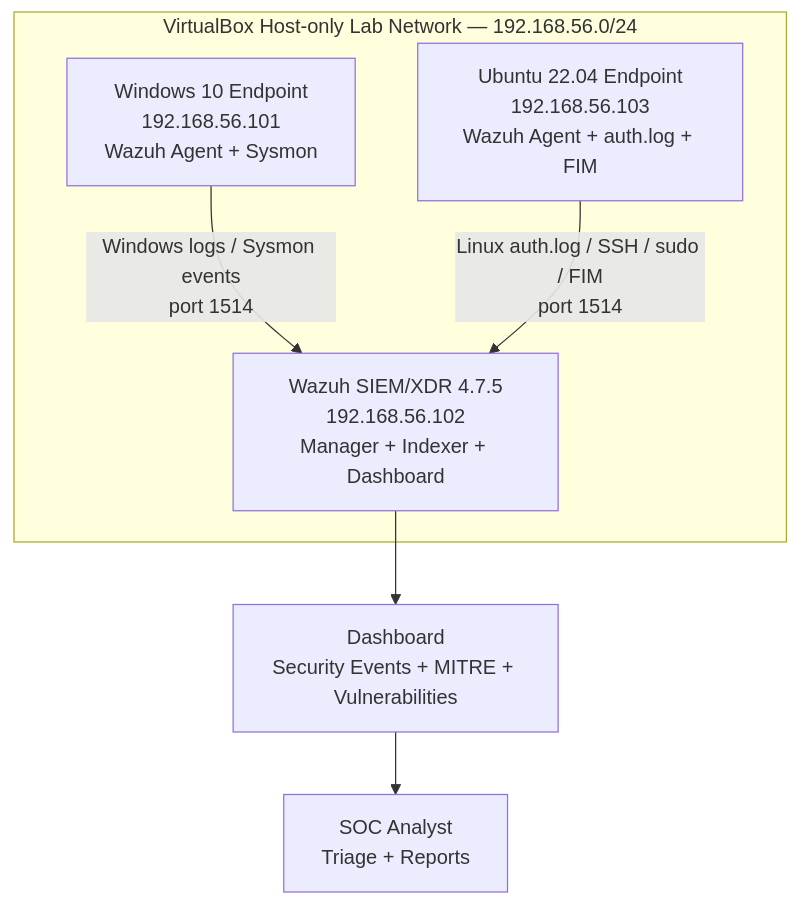
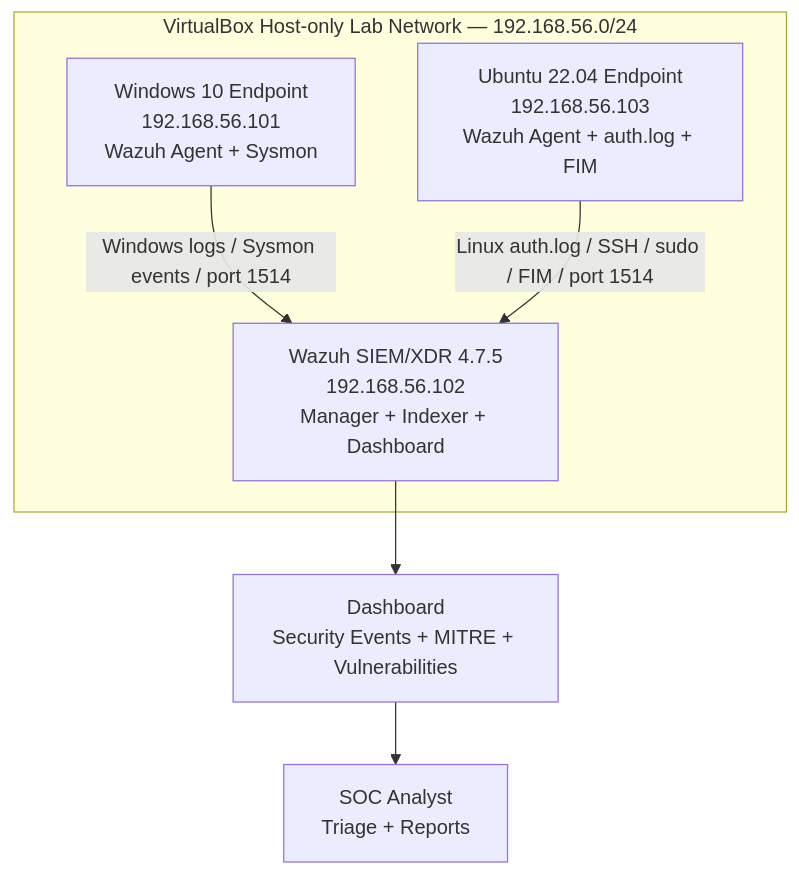
One commit to Jazz00001/enterprise-soc-lab-wazuh-mitre-detection changed the second of 7 diagrams in README.md. Above: the diagram before and after it, drawn with Mermaid. The commit also changed other lines of this file, not shown here.

````diff
--- a/README.md
+++ b/README.md
@@ -135,13 +142,13 @@
 ```mermaid
 flowchart TB
     subgraph LAB["VirtualBox Host-only Lab Network — 192.168.56.0/24"]
         WIN["Windows 10 Endpoint<br>192.168.56.101<br>Wazuh Agent + Sysmon"]
         LIN["Ubuntu 22.04 Endpoint<br>192.168.56.103<br>Wazuh Agent + auth.log + FIM"]
         WAZ["Wazuh SIEM/XDR 4.7.5<br>192.168.56.102<br>Manager + Indexer + Dashboard"]
     end
 
-    WIN -- "Windows logs / Sysmon events<br>port 1514" --> WAZ
-    LIN -- "Linux auth.log / SSH / sudo / FIM<br>port 1514" --> WAZ
+    WIN -- "Windows logs / Sysmon events / port 1514" --> WAZ
+    LIN -- "Linux auth.log / SSH / sudo / FIM / port 1514" --> WAZ
     WAZ --> DASH["Dashboard<br>Security Events + MITRE + Vulnerabilities"]
     DASH --> SOC["SOC Analyst<br>Triage + Reports"]
 ```
````
